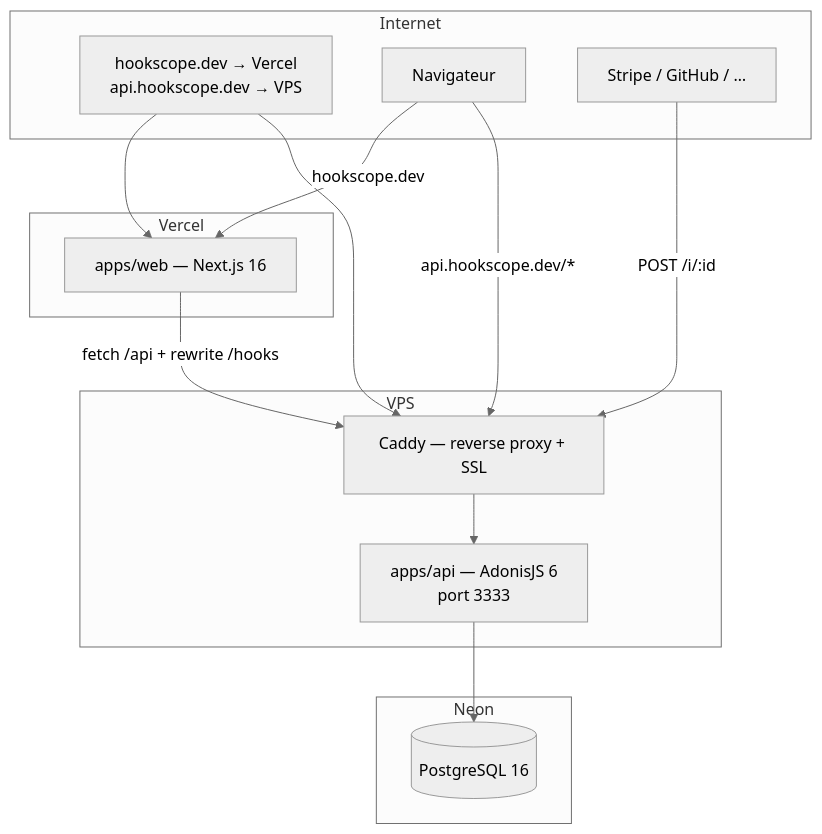
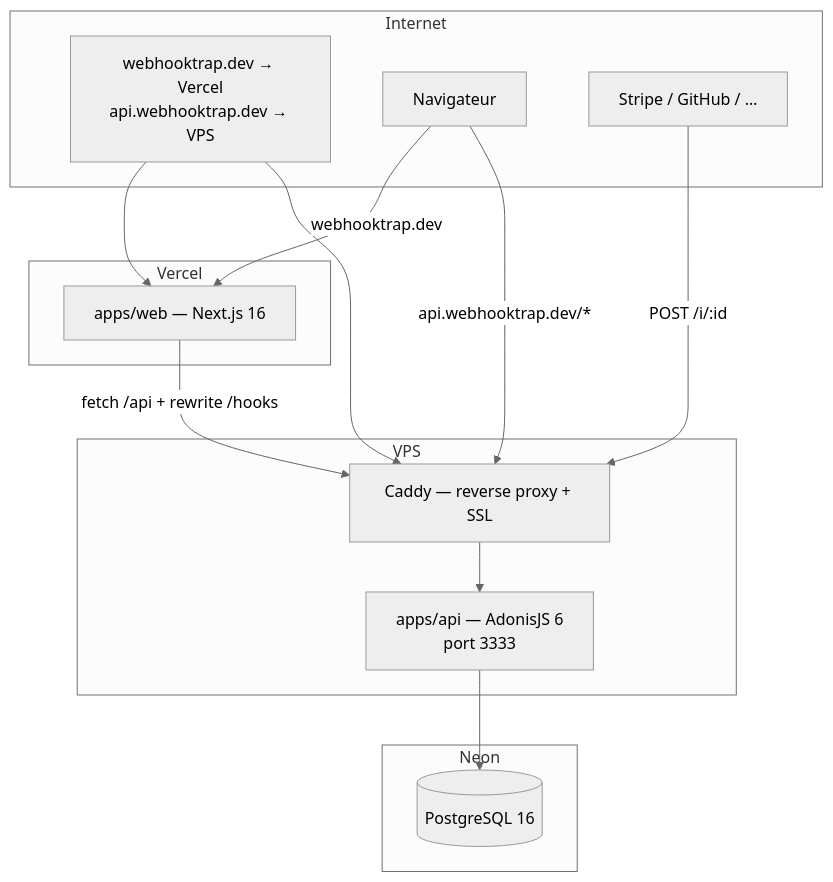
The diagram in docs/10-hebergement.md (jiordiviera/webhooktrap), drawn with Mermaid (neutral theme) before and after one commit. The commit also changed other lines of this file and 19 other files, not shown here.

````diff
--- a/docs/10-hebergement.md
+++ b/docs/10-hebergement.md
@@ -14,30 +14,30 @@
 ```mermaid
 flowchart TB
     subgraph internet [Internet]
-        DNS["hookscope.dev → Vercel\napi.hookscope.dev → VPS"]
+        DNS["webhooktrap.dev → Vercel\napi.webhooktrap.dev → VPS"]
         BROWSER["Navigateur"]
         STRIPE["Stripe / GitHub / …"]
     end
 
     subgraph vercel [Vercel]
         WEB["apps/web — Next.js 16"]
     end
 
     subgraph vps [VPS]
         CADDY["Caddy — reverse proxy + SSL"]
         API["apps/api — AdonisJS 6\nport 3333"]
     end
 
     subgraph neon [Neon]
         PG[(PostgreSQL 16)]
     end
 
     DNS --> WEB
     DNS --> CADDY
-    BROWSER -->|"hookscope.dev"| WEB
-    BROWSER -->|"api.hookscope.dev/*"| CADDY
+    BROWSER -->|"webhooktrap.dev"| WEB
+    BROWSER -->|"api.webhooktrap.dev/*"| CADDY
     STRIPE -->|"POST /i/:id"| CADDY
     WEB -->|"fetch /api + rewrite /hooks"| CADDY
     CADDY --> API
     API --> PG
 ```
````
